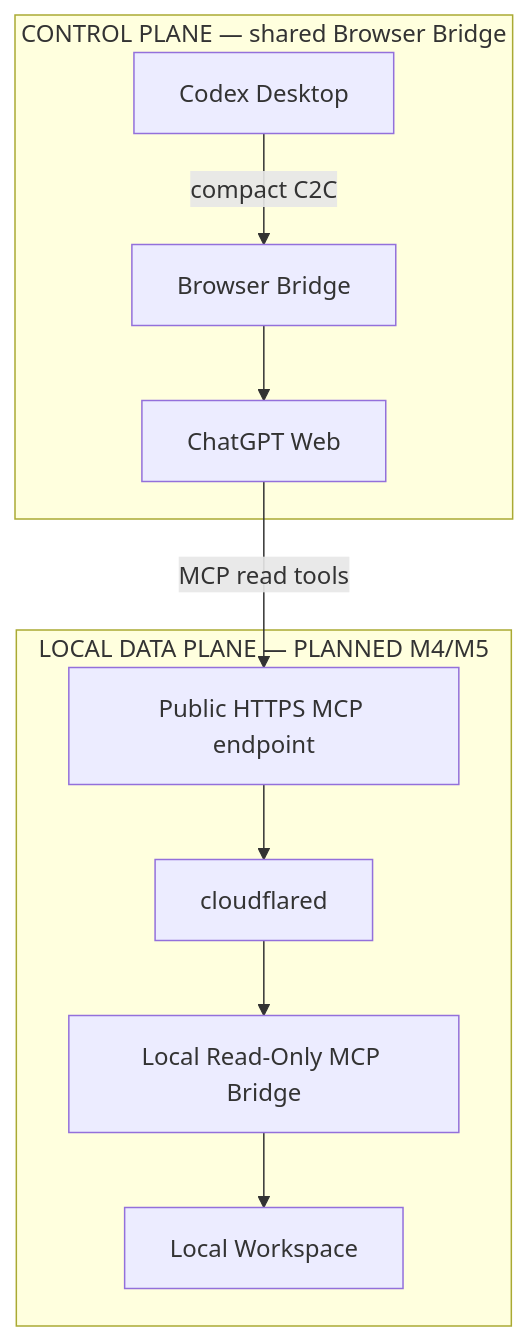
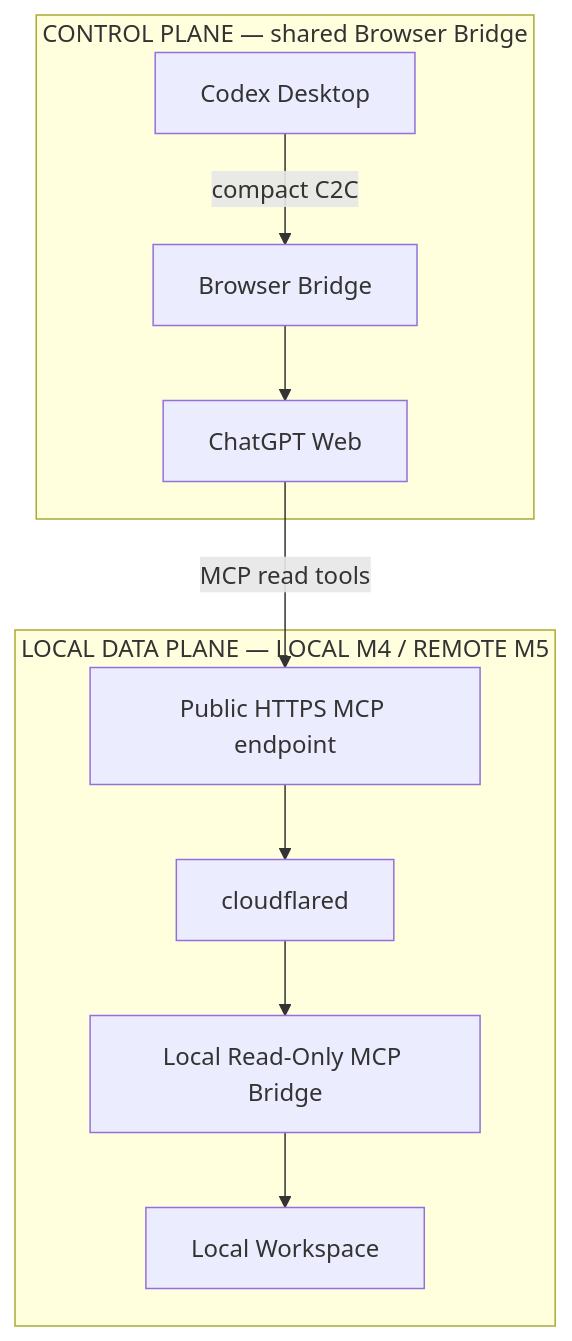
Before and after one commit to Jickfu/codex-duet: the first of 2 diagrams in docs/local-mode.md, drawn with Mermaid. The commit also changed other lines of this file and 13 other files, not shown here.

````diff
--- a/docs/local-mode.md
+++ b/docs/local-mode.md
@@ -99,13 +136,13 @@
 ```mermaid
 flowchart TB
     subgraph CP[CONTROL PLANE — shared Browser Bridge]
         C[Codex Desktop] -->|compact C2C| B[Browser Bridge]
         B --> W[ChatGPT Web]
     end
-    subgraph DP[LOCAL DATA PLANE — PLANNED M4/M5]
+    subgraph DP[LOCAL DATA PLANE — LOCAL M4 / REMOTE M5]
         W -->|MCP read tools| H[Public HTTPS MCP endpoint]
         H --> T[cloudflared]
         T --> M[Local Read-Only MCP Bridge]
         M --> L[Local Workspace]
     end
 ```
````
